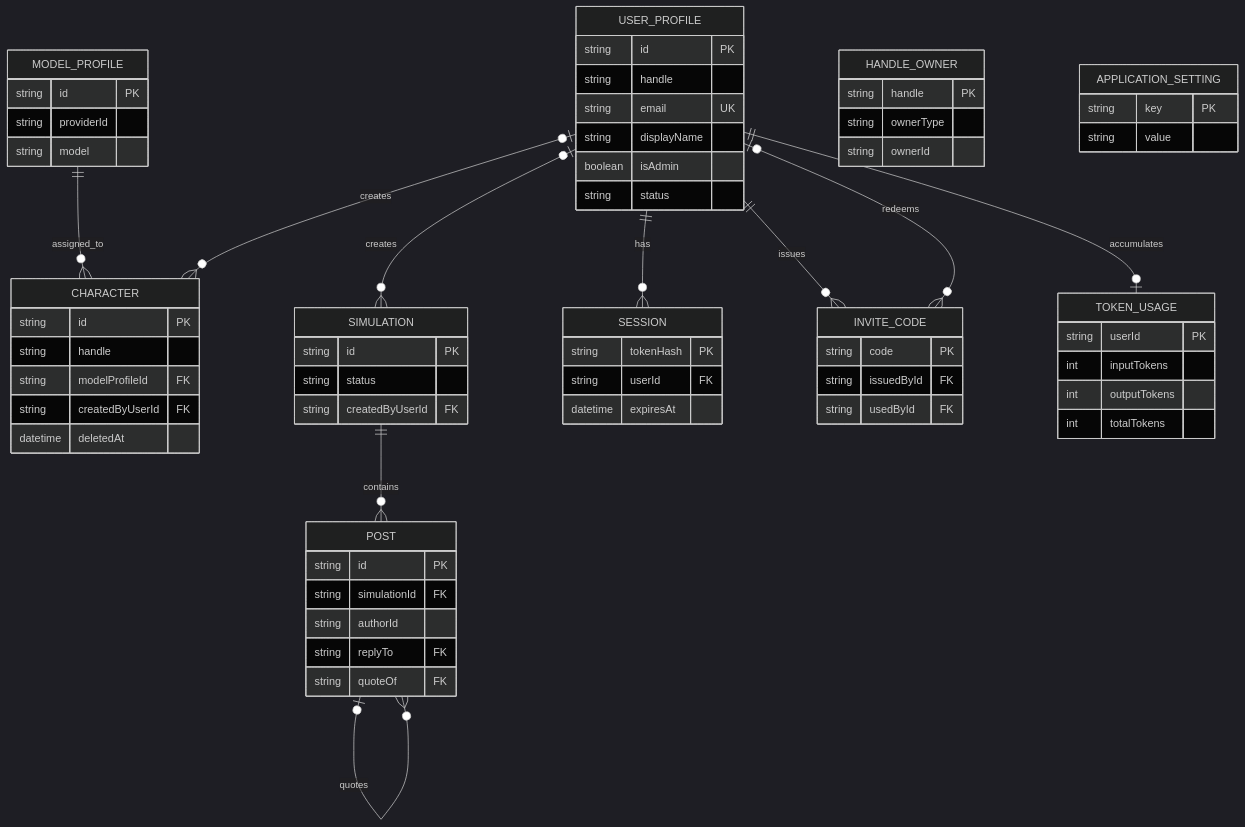
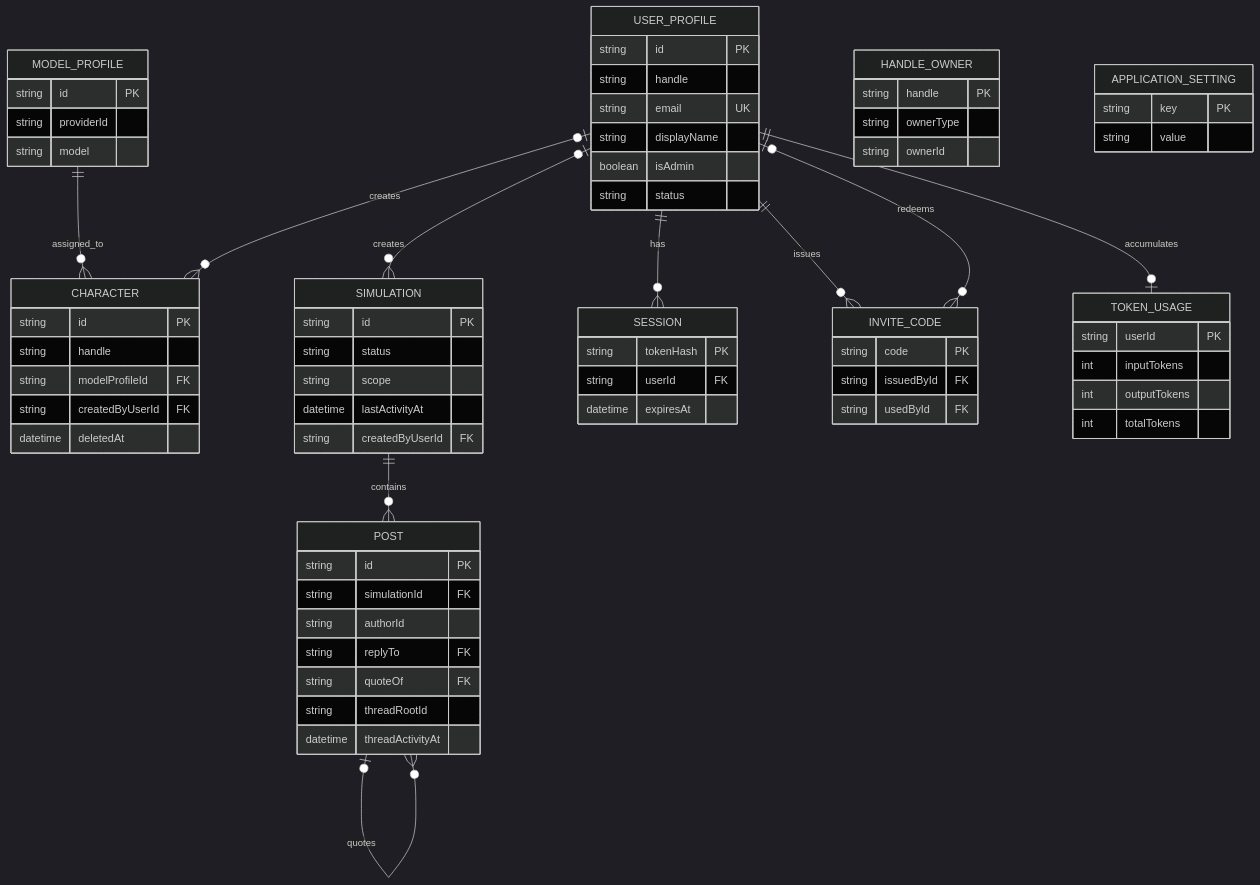
Before and after one commit to ayumin/brickr: the third of 4 diagrams in ARCHITECTURE.md, drawn with Mermaid (dark theme). The commit also changed other lines of this file, not shown here.

First line of the commit message:
docs: describe thread denormalisation and the reserved global simulation

````diff
--- a/ARCHITECTURE.md
+++ b/ARCHITECTURE.md
@@ -168,71 +168,75 @@
 ```mermaid
 erDiagram
   MODEL_PROFILE ||--o{ CHARACTER : assigned_to
   USER_PROFILE o|--o{ CHARACTER : creates
   USER_PROFILE o|--o{ SIMULATION : creates
   USER_PROFILE ||--o{ SESSION : has
   USER_PROFILE ||--o{ INVITE_CODE : issues
   USER_PROFILE o|--o{ INVITE_CODE : redeems
   USER_PROFILE ||--o| TOKEN_USAGE : accumulates
   SIMULATION ||--o{ POST : contains
   POST o|--o{ POST : replies
   POST o|--o{ POST : quotes
 
   MODEL_PROFILE {
     string id PK
     string providerId
     string model
   }
   CHARACTER {
     string id PK
     string handle
     string modelProfileId FK
     string createdByUserId FK
     datetime deletedAt
   }
   SIMULATION {
     string id PK
     string status
+    string scope
+    datetime lastActivityAt
     string createdByUserId FK
   }
   POST {
     string id PK
     string simulationId FK
     string authorId
     string replyTo FK
     string quoteOf FK
+    string threadRootId
+    datetime threadActivityAt
   }
   USER_PROFILE {
     string id PK
     string handle
     string email UK
     string displayName
     boolean isAdmin
     string status
   }
   SESSION {
     string tokenHash PK
     string userId FK
     datetime expiresAt
   }
   HANDLE_OWNER {
     string handle PK
     string ownerType
     string ownerId
   }
   INVITE_CODE {
     string code PK
     string issuedById FK
     string usedById FK
   }
   APPLICATION_SETTING {
     string key PK
     string value
   }
   TOKEN_USAGE {
     string userId PK
     int inputTokens
     int outputTokens
     int totalTokens
   }
 ```
````
